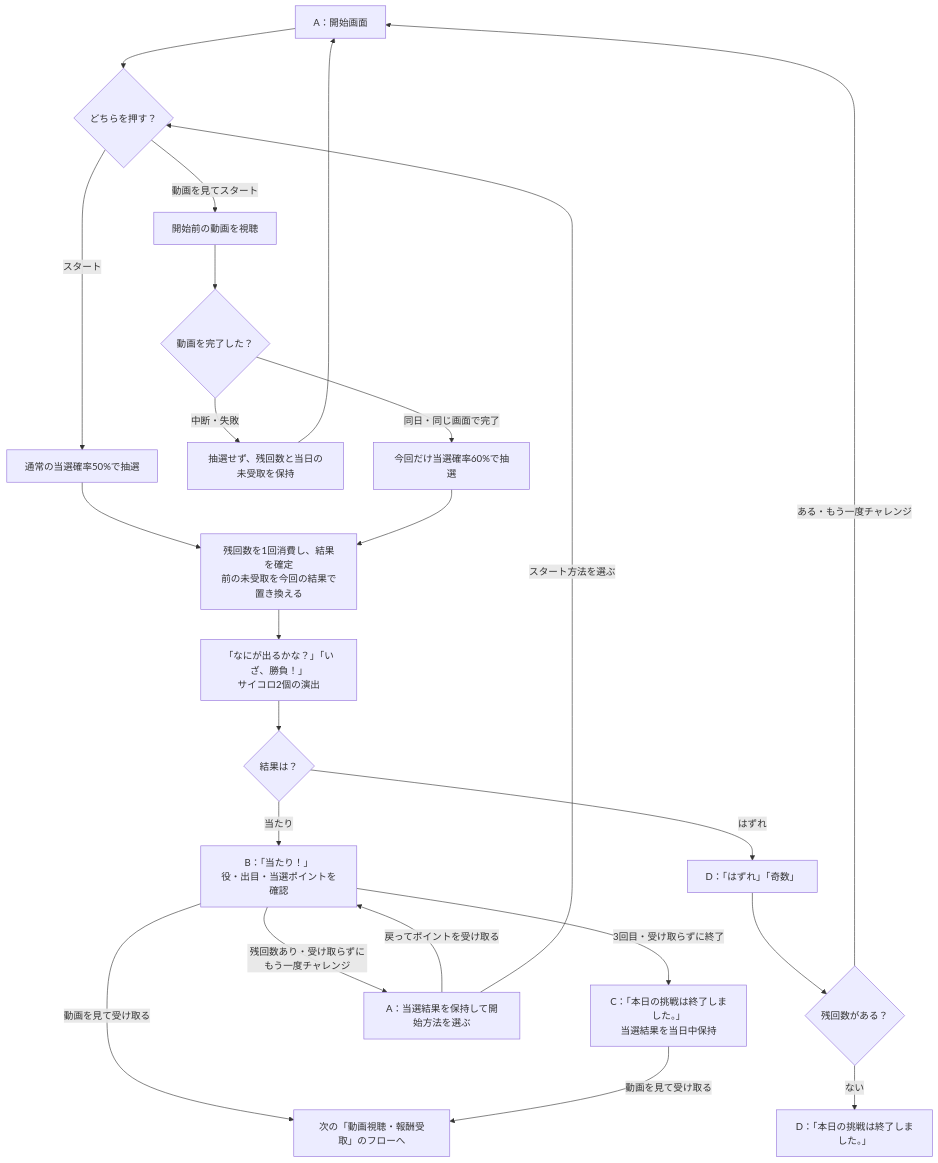
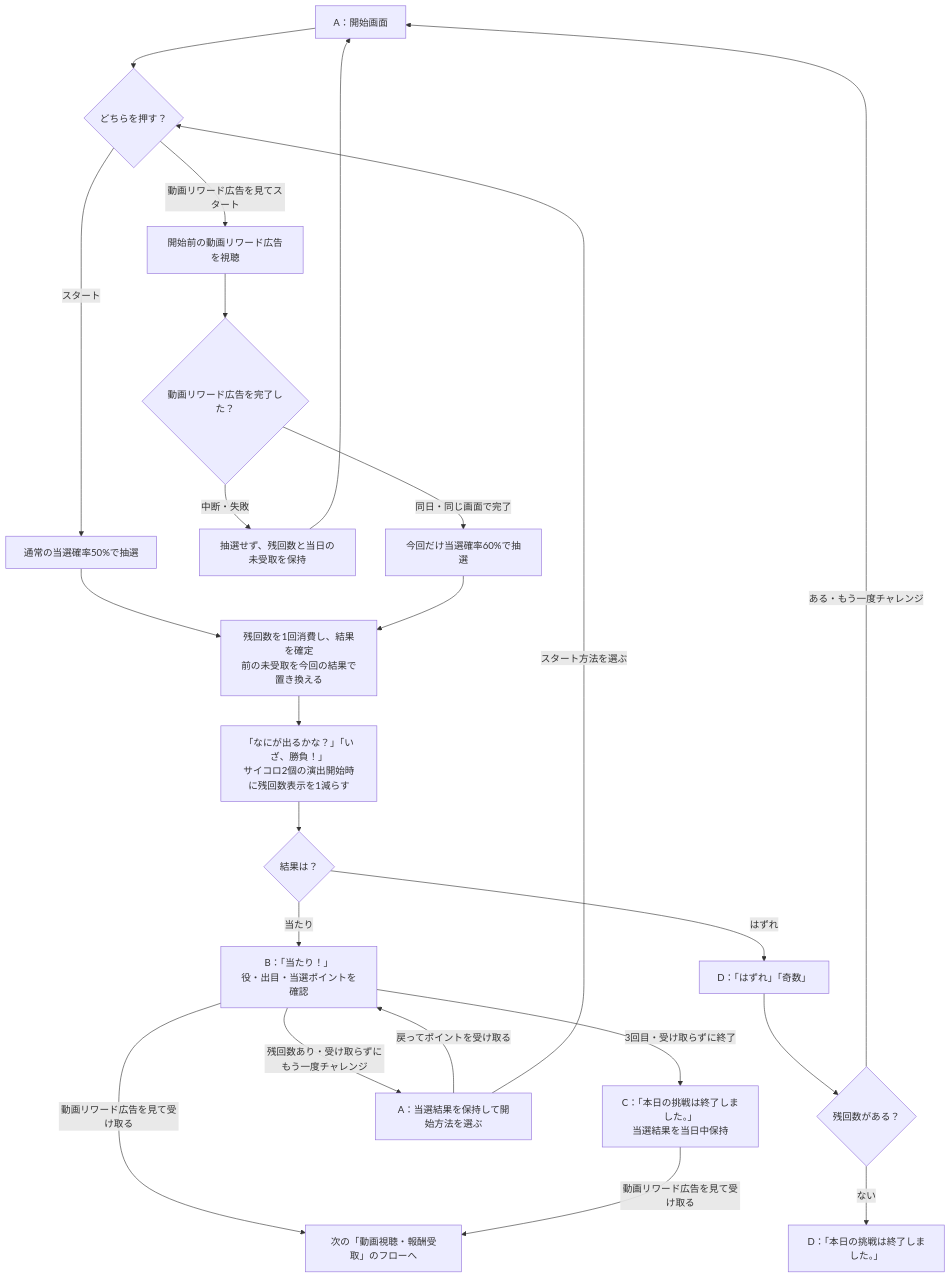
The second of 3 diagrams in docs/prd/features/F11-mini-games.md (Min-Thu-Khant/pochipo-mock-en), drawn with Mermaid before and after one commit. The commit also changed other lines of this file, not shown here.

````diff
--- a/docs/prd/features/F11-mini-games.md
+++ b/docs/prd/features/F11-mini-games.md
@@ -118,25 +120,25 @@
 ```mermaid
 flowchart TD
   A["A：開始画面"] --> Choice{"どちらを押す？"}
   Choice -->|スタート| Normal["通常の当選確率50%で抽選"]
-  Choice -->|動画を見てスタート| Ad["開始前の動画を視聴"]
-  Ad --> Complete{"動画を完了した？"}
+  Choice -->|動画リワード広告を見てスタート| Ad["開始前の動画リワード広告を視聴"]
+  Ad --> Complete{"動画リワード広告を完了した？"}
   Complete -->|中断・失敗| Keep["抽選せず、残回数と当日の未受取を保持"]
   Keep --> A
   Complete -->|同日・同じ画面で完了| Boost["今回だけ当選確率60%で抽選"]
   Normal --> Draw["残回数を1回消費し、結果を確定<br/>前の未受取を今回の結果で置き換える"]
   Boost --> Draw
-  Draw --> Animation["「なにが出るかな？」「いざ、勝負！」<br/>サイコロ2個の演出"]
+  Draw --> Animation["「なにが出るかな？」「いざ、勝負！」<br/>サイコロ2個の演出開始時に残回数表示を1減らす"]
   Animation --> Result{"結果は？"}
   Result -->|当たり| B["B：「当たり！」<br/>役・出目・当選ポイントを確認"]
   Result -->|はずれ| D["D：「はずれ」「奇数」"]
   D --> MissLeft{"残回数がある？"}
   MissLeft -->|ある・もう一度チャレンジ| A
   MissLeft -->|ない| MissEnd["D：「本日の挑戦は終了しました。」"]
-  B -->|動画を見て受け取る| Receive["次の「動画視聴・報酬受取」のフローへ"]
+  B -->|動画リワード広告を見て受け取る| Receive["次の「動画視聴・報酬受取」のフローへ"]
   B -->|残回数あり・受け取らずにもう一度チャレンジ| Retry["A：当選結果を保持して開始方法を選ぶ"]
   Retry -->|戻ってポイントを受け取る| B
   Retry -->|スタート方法を選ぶ| Choice
   B -->|3回目・受け取らずに終了| C["C：「本日の挑戦は終了しました。」<br/>当選結果を当日中保持"]
-  C -->|動画を見て受け取る| Receive
+  C -->|動画リワード広告を見て受け取る| Receive
 ```
````
